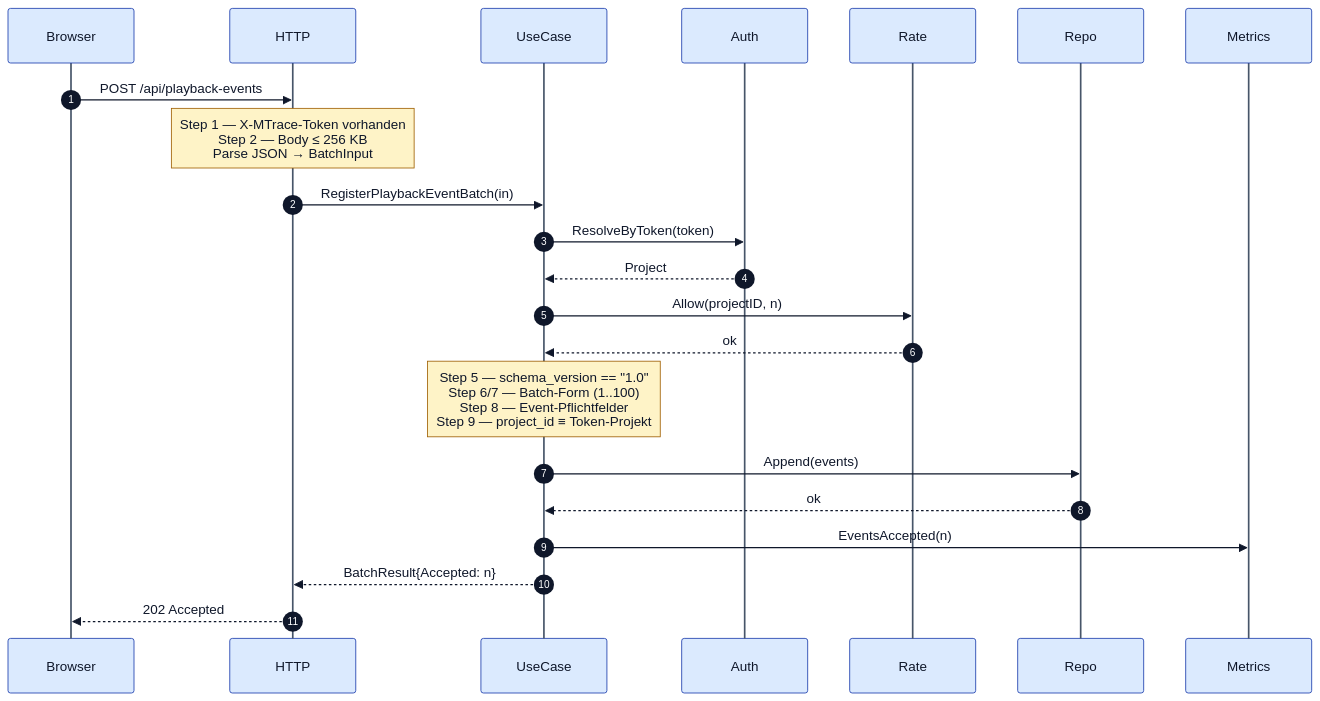
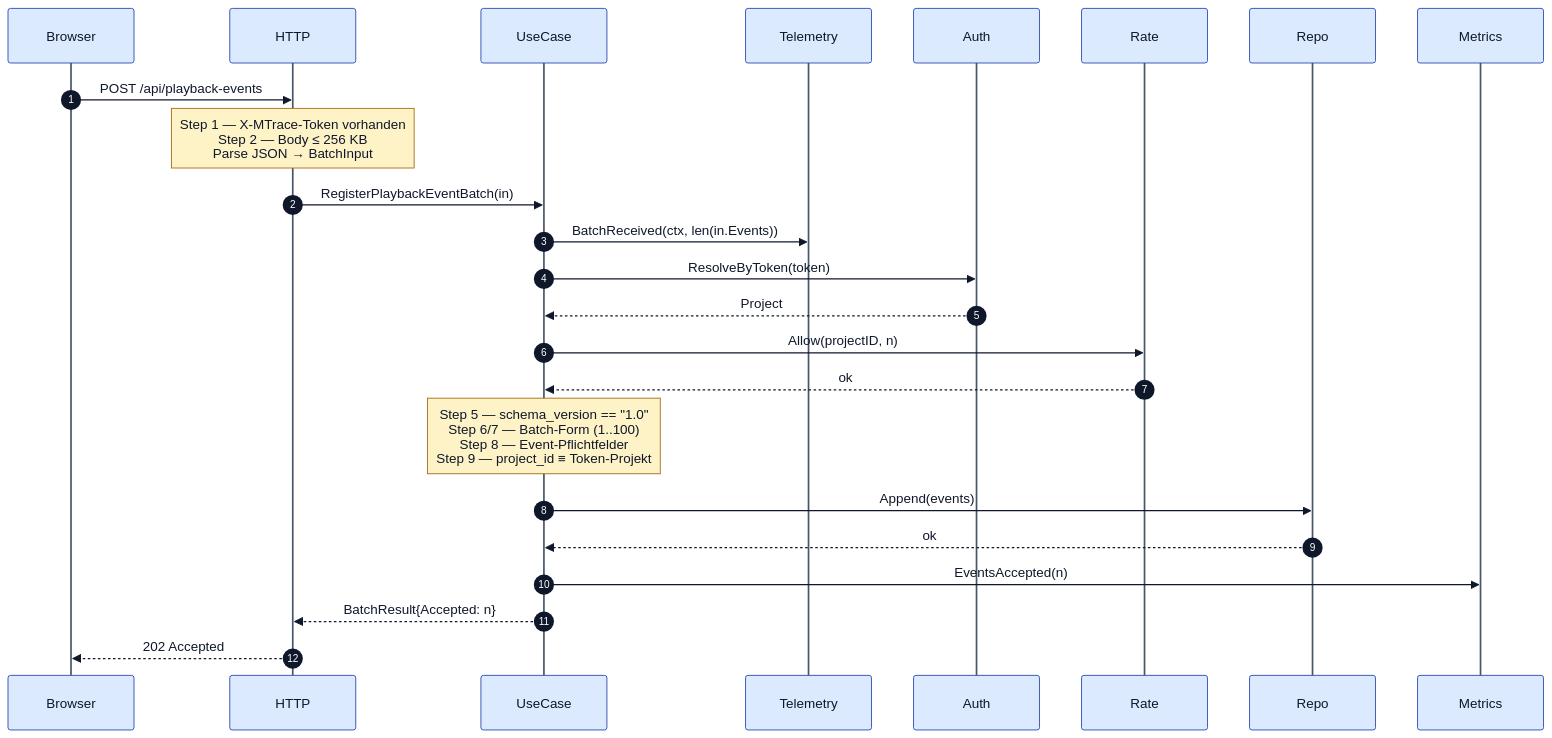
The third of 6 diagrams in docs/architecture.md (pt9912/m-trace), drawn with Mermaid before and after one commit. The commit also changed other lines of this file, not shown here.

First line of the commit message:
docs(architecture): korrigiere Norm-Referenzen, Boundary-Test und Sequenzdiagramm

````diff
--- a/docs/architecture.md
+++ b/docs/architecture.md
@@ -305,26 +318,28 @@
 ```mermaid
 %%{init: {'theme':'base','themeVariables':{'background':'#f8fafc','primaryColor':'#dbeafe','primaryTextColor':'#0f172a','primaryBorderColor':'#1e40af','lineColor':'#0f172a','secondaryColor':'#fef3c7','tertiaryColor':'#dcfce7','noteBkgColor':'#fef3c7','noteTextColor':'#0f172a','noteBorderColor':'#a16207','actorBkg':'#dbeafe','actorBorder':'#1e40af','actorTextColor':'#0f172a','actorLineColor':'#475569','signalColor':'#0f172a','signalTextColor':'#0f172a','sequenceNumberColor':'#ffffff','labelTextColor':'#0f172a','loopTextColor':'#0f172a','edgeLabelBackground':'#f8fafc'}}}%%
 sequenceDiagram
     autonumber
     participant Browser
     participant HTTP
     participant UseCase
+    participant Telemetry
     participant Auth
     participant Rate
     participant Repo
     participant Metrics
 
     Browser->>HTTP: POST /api/playback-events
     Note over HTTP: Step 1 — X-MTrace-Token vorhanden<br/>Step 2 — Body ≤ 256 KB<br/>Parse JSON → BatchInput
     HTTP->>UseCase: RegisterPlaybackEventBatch(in)
+    UseCase->>Telemetry: BatchReceived(ctx, len(in.Events))
     UseCase->>Auth: ResolveByToken(token)
     Auth-->>UseCase: Project
     UseCase->>Rate: Allow(projectID, n)
     Rate-->>UseCase: ok
     Note over UseCase: Step 5 — schema_version == "1.0"<br/>Step 6/7 — Batch-Form (1..100)<br/>Step 8 — Event-Pflichtfelder<br/>Step 9 — project_id ≡ Token-Projekt
     UseCase->>Repo: Append(events)
     Repo-->>UseCase: ok
     UseCase->>Metrics: EventsAccepted(n)
     UseCase-->>HTTP: BatchResult{Accepted: n}
     HTTP-->>Browser: 202 Accepted
 ```
````
